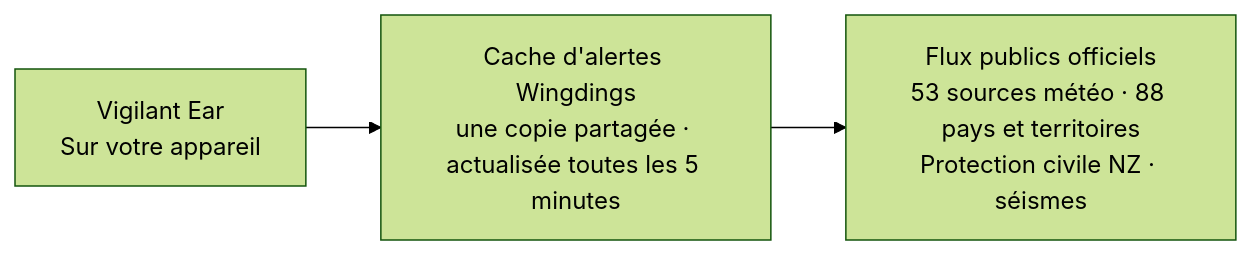
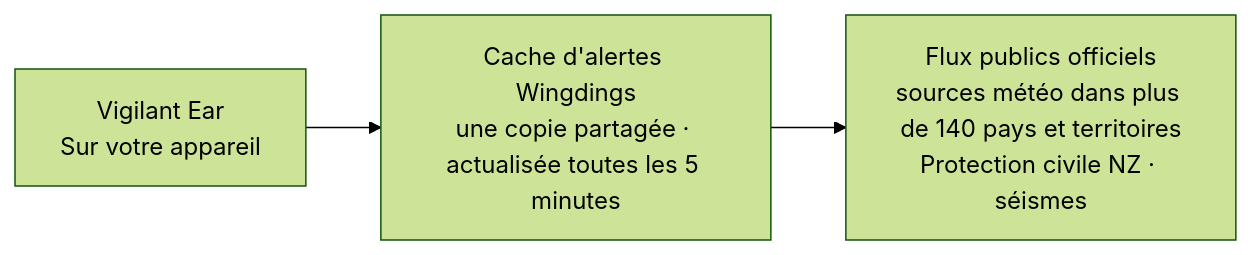
Before and after one commit to rpalm01-star/VigilantEarLegal: the fourth of 4 diagrams in README_fr.md, drawn with Mermaid (forest theme). The commit also changed other lines of this file and 59 other files, not shown here.

````diff
--- a/README_fr.md
+++ b/README_fr.md
@@ -182,5 +182,5 @@
 ```mermaid
 graph LR
     P1["Vigilant Ear<br/>Sur votre appareil"] --> W["Cache d'alertes Wingdings<br/>une copie partagée · actualisée toutes les 5 minutes"]
-    W --> N["Flux publics officiels<br/>53 sources météo · 88 pays et territoires<br/>Protection civile NZ · séismes"]
+    W --> N["Flux publics officiels<br/>sources météo dans plus de 140 pays et territoires<br/>Protection civile NZ · séismes"]
 ```
````
